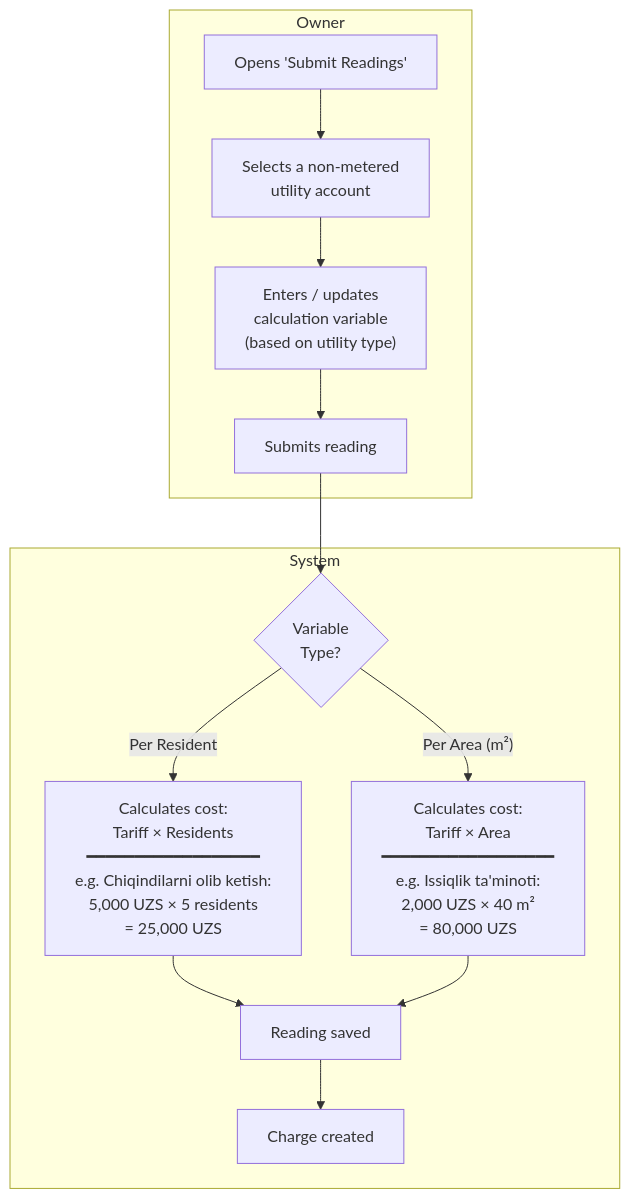
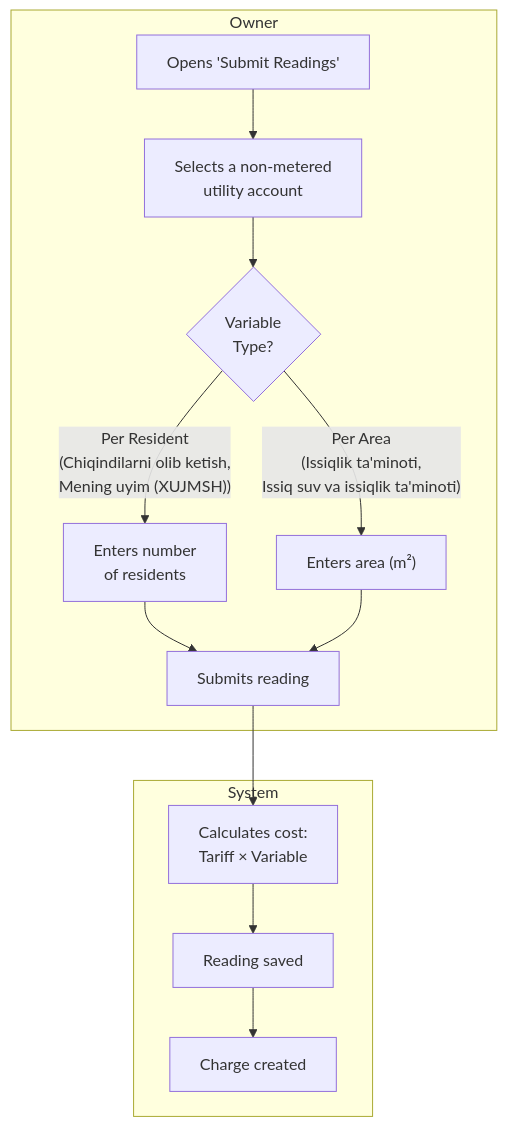
Before and after one commit to saodatm-dev/Utilities---Informational-Architecture: the sixth of 12 diagrams in Utilities - Business Owner.md, drawn with Mermaid.

Commit message:
refactor: update non-metered utility submission flowchart to branch owner input by variable type and unify system calculation.

````diff
--- a/Utilities - Business Owner.md
+++ b/Utilities - Business Owner.md
@@ -185,18 +185,17 @@
 ```mermaid
 flowchart TD
     subgraph OWNER_ACTIONS ["Owner"]
         OPEN["Opens 'Submit Readings'"] --> SELECT["Selects a non-metered<br/>utility account"]
-        SELECT --> INPUT["Enters / updates<br/>calculation variable<br/>(based on utility type)"]
-        INPUT --> SUBMIT["Submits reading"]
+        SELECT --> VAR_TYPE{"Variable<br/>Type?"}
+        VAR_TYPE -->|"Per Resident<br/>(Chiqindilarni olib ketish,<br/>Mening uyim (XUJMSH))"| INPUT_RES["Enters number<br/>of residents"]
+        VAR_TYPE -->|"Per Area<br/>(Issiqlik ta'minoti,<br/>Issiq suv va issiqlik ta'minoti)"| INPUT_AREA["Enters area (m²)"]
+        INPUT_RES --> SUBMIT["Submits reading"]
+        INPUT_AREA --> SUBMIT
     end
 
     subgraph SYSTEM_ACTIONS ["System"]
-        SUBMIT --> DETERMINE{"Variable<br/>Type?"}
-        DETERMINE -->|"Per Resident"| CALC_RES["Calculates cost:<br/>Tariff × Residents<br/>━━━━━━━━━━━━━━━━━━<br/>e.g. Chiqindilarni olib ketish:<br/>5,000 UZS × 5 residents<br/>= 25,000 UZS"]
-        DETERMINE -->|"Per Area (m²)"| CALC_AREA["Calculates cost:<br/>Tariff × Area<br/>━━━━━━━━━━━━━━━━━━<br/>e.g. Issiqlik ta'minoti:<br/>2,000 UZS × 40 m²<br/>= 80,000 UZS"]
-
-        CALC_RES --> SAVED["Reading saved"]
-        CALC_AREA --> SAVED
+        SUBMIT --> CALC["Calculates cost:<br/>Tariff × Variable"]
+        CALC --> SAVED["Reading saved"]
         SAVED --> CHARGE["Charge created"]
     end
 ```
````
